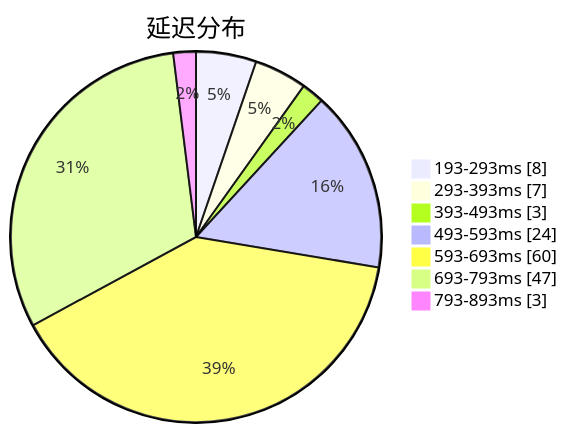
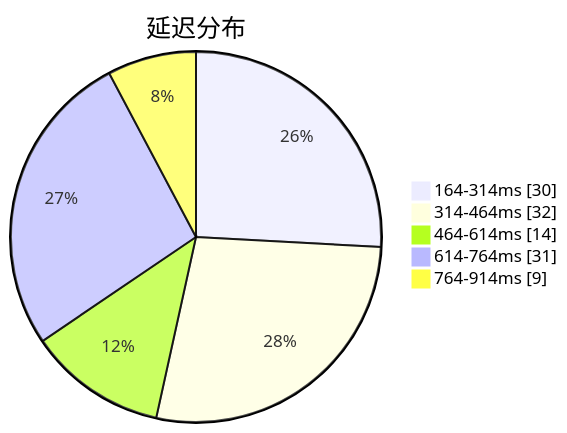
The first of 3 diagrams in subs/statistics/tested_within.md (qjlxg/airport), drawn with Mermaid before and after one commit. The commit also changed other lines of this file and 2 other files, not shown here.

````diff
--- a/subs/statistics/tested_within.md
+++ b/subs/statistics/tested_within.md
@@ -2,11 +2,9 @@
 ```mermaid
 pie showData
 title 延迟分布
-"193-293ms" : 8
-"293-393ms" : 7
-"393-493ms" : 3
-"493-593ms" : 24
-"593-693ms" : 60
-"693-793ms" : 47
-"793-893ms" : 3
+"164-314ms" : 30
+"314-464ms" : 32
+"464-614ms" : 14
+"614-764ms" : 31
+"764-914ms" : 9
 ```
````
